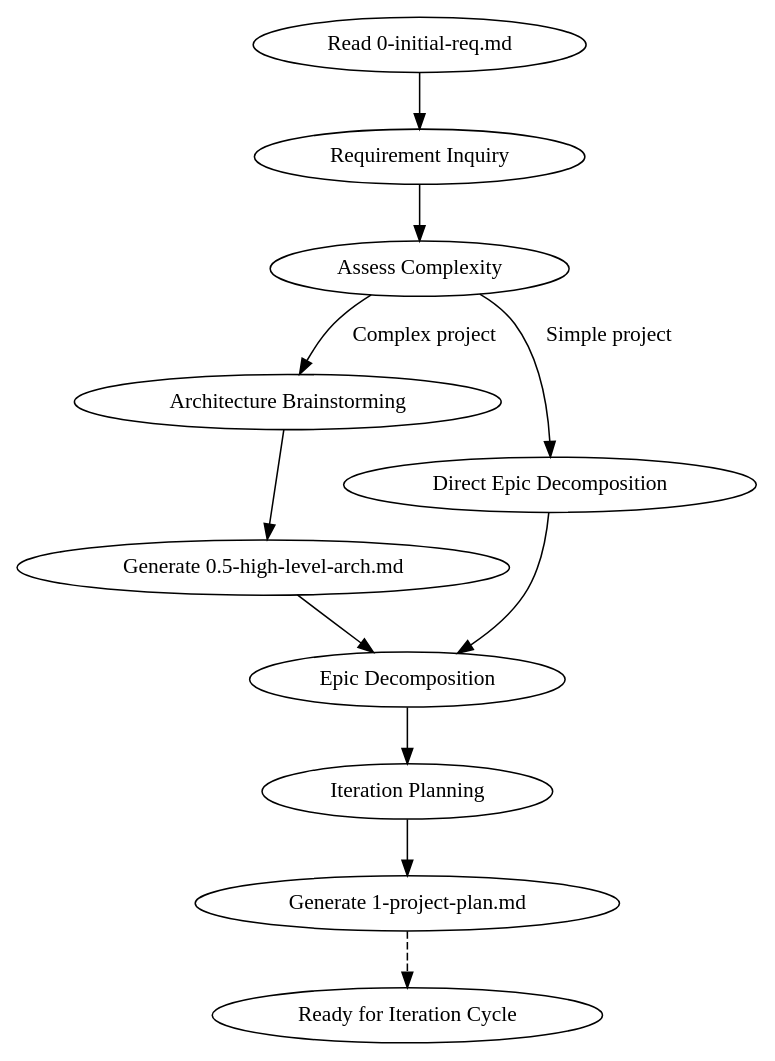
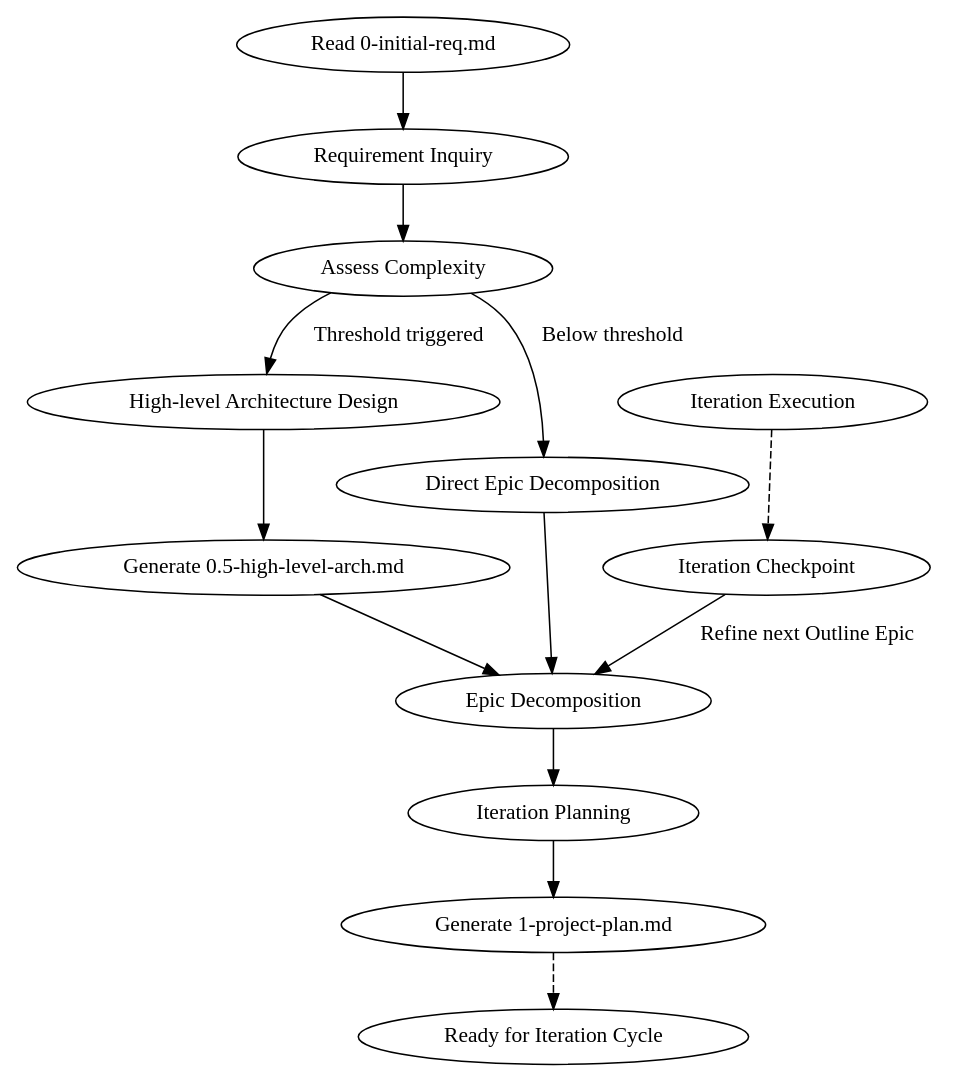
One commit to DukeYan1976/superpowers changed the first of 2 diagrams in skills/project-planning/SKILL.md. Above: the diagram before and after it, drawn with Graphviz. The commit also changed other lines of this file and 1 other file, not shown here.

First line of the commit message:
feat: sync SKILL.md and project-planner-prompt.md to v1.b spec

````diff
--- a/skills/project-planning/SKILL.md
+++ b/skills/project-planning/SKILL.md
@@ -26,19 +34,22 @@
 ```dot
 digraph project_planning {
     rankdir=TB;
 
     "Read 0-initial-req.md" -> "Requirement Inquiry";
     "Requirement Inquiry" -> "Assess Complexity" [shape=diamond];
 
-    "Assess Complexity" -> "Architecture Brainstorming" [label="Complex project"];
-    "Assess Complexity" -> "Direct Epic Decomposition" [label="Simple project"];
+    "Assess Complexity" -> "High-level Architecture Design" [label="Threshold triggered"];
+    "Assess Complexity" -> "Direct Epic Decomposition" [label="Below threshold"];
 
-    "Architecture Brainstorming" -> "Generate 0.5-high-level-arch.md";
+    "High-level Architecture Design" -> "Generate 0.5-high-level-arch.md";
     "Generate 0.5-high-level-arch.md" -> "Epic Decomposition";
     "Direct Epic Decomposition" -> "Epic Decomposition";
 
     "Epic Decomposition" -> "Iteration Planning";
     "Iteration Planning" -> "Generate 1-project-plan.md";
     "Generate 1-project-plan.md" -> "Ready for Iteration Cycle" [style=dashed];
+
+    "Iteration Execution" -> "Iteration Checkpoint" [style=dashed];
+    "Iteration Checkpoint" -> "Epic Decomposition" [label="Refine next Outline Epic"];
 }
 ```
````
